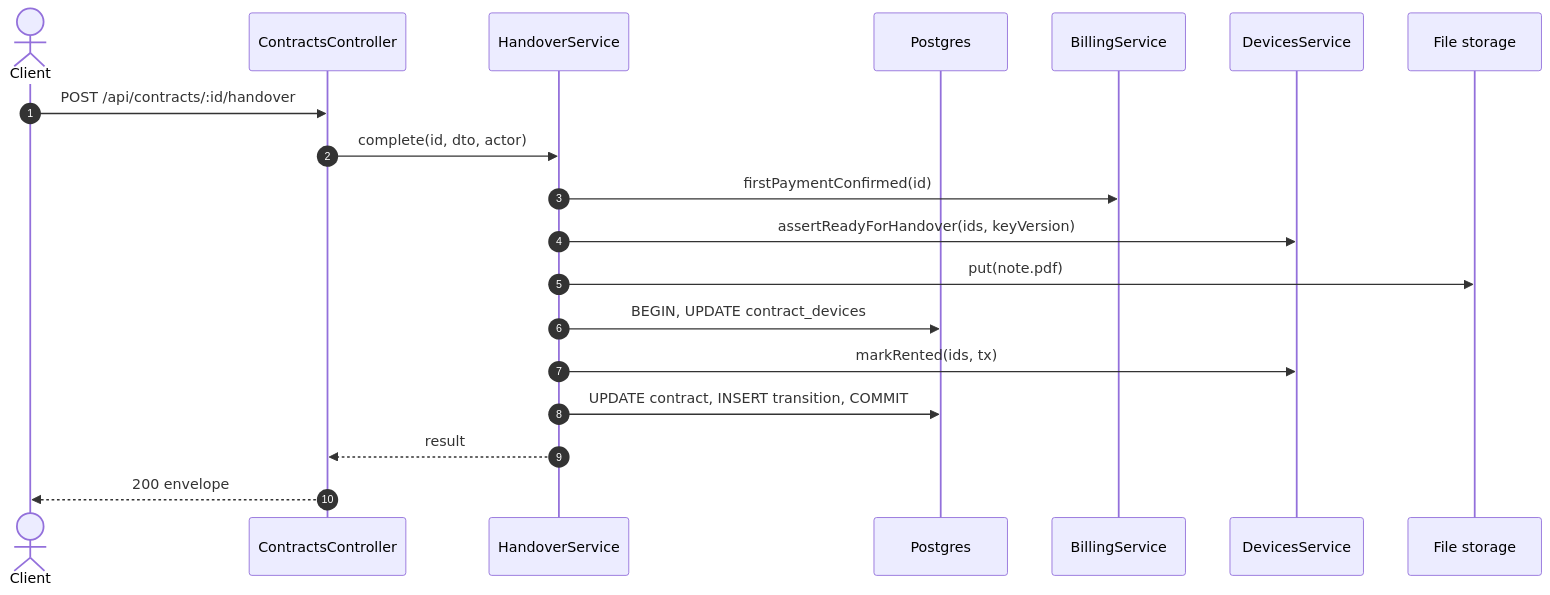
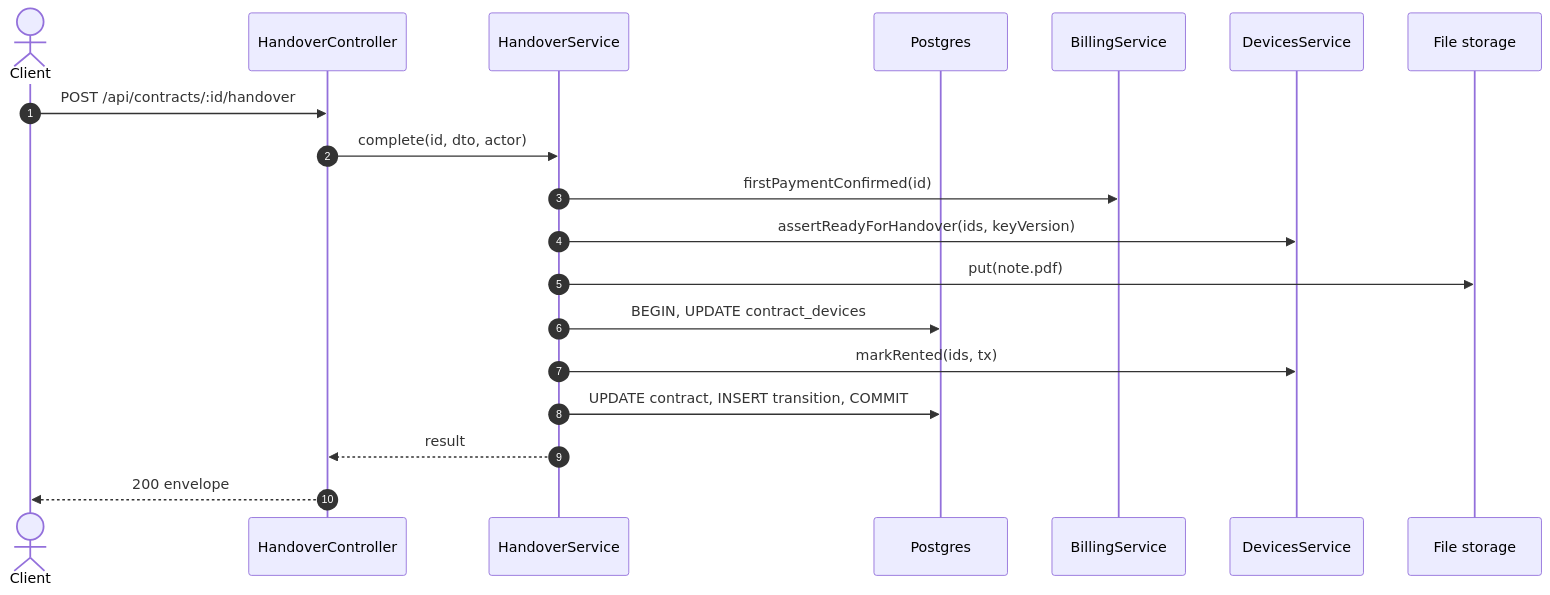
The second of 2 diagrams in specs/rentals/api-design/10-post-contracts-id-handover.md (TrekLink-Team/treklink-web), drawn with Mermaid before and after one commit. The commit also changed 6 other files, not shown here.

First line of the commit message:
docs(devices): draw Figure 17 against the code layers and name the handover controller

````diff
--- a/specs/rentals/api-design/10-post-contracts-id-handover.md
+++ b/specs/rentals/api-design/10-post-contracts-id-handover.md
@@ -399,21 +399,21 @@
 ```mermaid
 sequenceDiagram
     autonumber
     actor C as Client
-    participant Ctl as ContractsController
+    participant Ctl as HandoverController
     participant Svc as HandoverService
     participant DB as Postgres
     participant Bill as BillingService
     participant Dev as DevicesService
     participant Store as File storage
     C->>Ctl: POST /api/contracts/:id/handover
     Ctl->>Svc: complete(id, dto, actor)
     Svc->>Bill: firstPaymentConfirmed(id)
     Svc->>Dev: assertReadyForHandover(ids, keyVersion)
     Svc->>Store: put(note.pdf)
     Svc->>DB: BEGIN, UPDATE contract_devices
     Svc->>Dev: markRented(ids, tx)
     Svc->>DB: UPDATE contract, INSERT transition, COMMIT
     Svc-->>Ctl: result
     Ctl-->>C: 200 envelope
 ```
````
